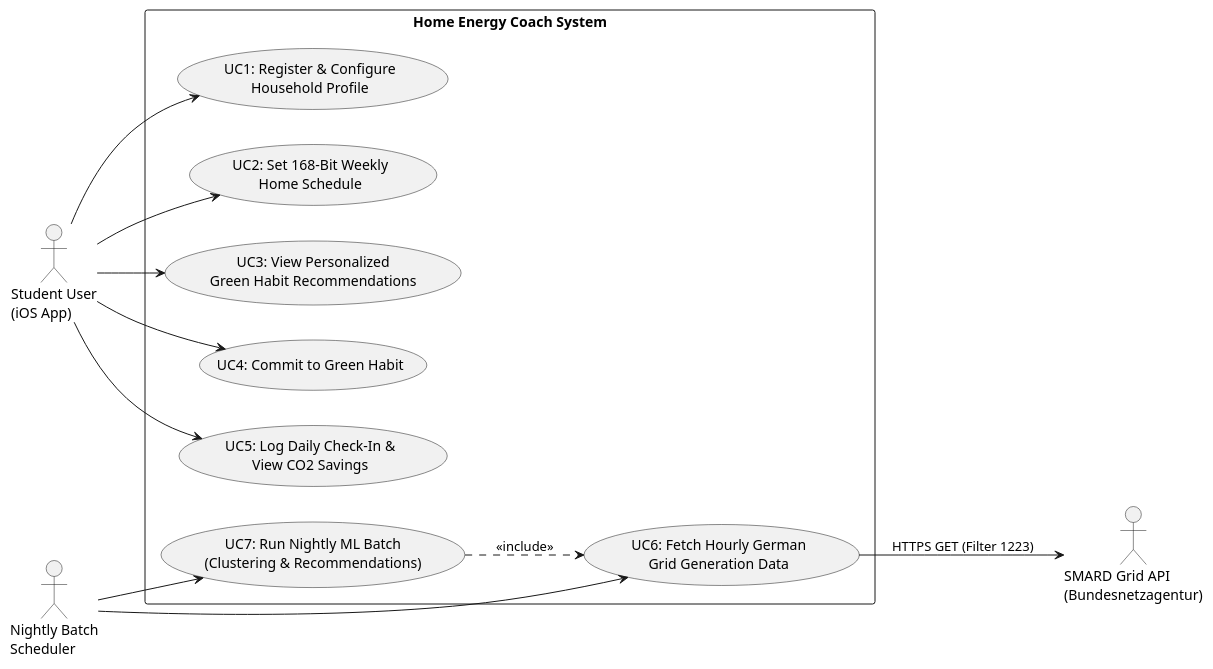
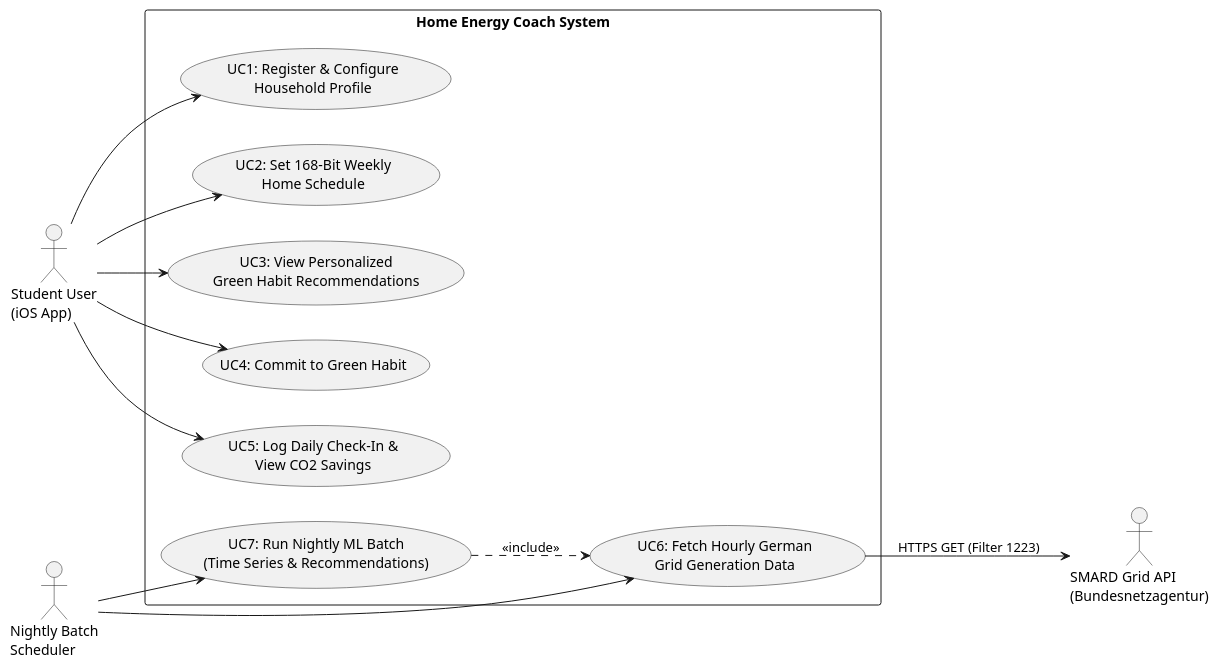
One commit to Asifnewaz/Personalized_Green_habit_Recommender changed the diagram in docs/uml/01_use_case.puml. Above: the diagram before and after it, drawn with PlantUML. The commit also changed 10 other files, not shown here.

Commit message:
docs(sprint2): refactor architecture/UML/proposal to time-series forecasting and standardize EDA paths with here::here()

```diff
--- a/docs/uml/01_use_case.puml
+++ b/docs/uml/01_use_case.puml
@@ -1,30 +1,30 @@
 @startuml
 left to right direction
 skinparam packageStyle rectangle
 skinparam shadowing false
 
 actor "Student User\n(iOS App)" as Student
 actor "Nightly Batch\nScheduler" as Scheduler
 actor "SMARD Grid API\n(Bundesnetzagentur)" as SMARD
 
 rectangle "Home Energy Coach System" {
   usecase "UC1: Register & Configure\nHousehold Profile" as UC1
   usecase "UC2: Set 168-Bit Weekly\nHome Schedule" as UC2
   usecase "UC3: View Personalized\nGreen Habit Recommendations" as UC3
   usecase "UC4: Commit to Green Habit" as UC4
   usecase "UC5: Log Daily Check-In &\nView CO2 Savings" as UC5
   usecase "UC6: Fetch Hourly German\nGrid Generation Data" as UC6
-  usecase "UC7: Run Nightly ML Batch\n(Clustering & Recommendations)" as UC7
+  usecase "UC7: Run Nightly ML Batch\n(Time Series & Recommendations)" as UC7
 }
 
 Student --> UC1
 Student --> UC2
 Student --> UC3
 Student --> UC4
 Student --> UC5
 
 Scheduler --> UC6
 Scheduler --> UC7
 UC6 --> SMARD : HTTPS GET (Filter 1223)
 UC7 ..> UC6 : <<include>>
 @enduml
```
